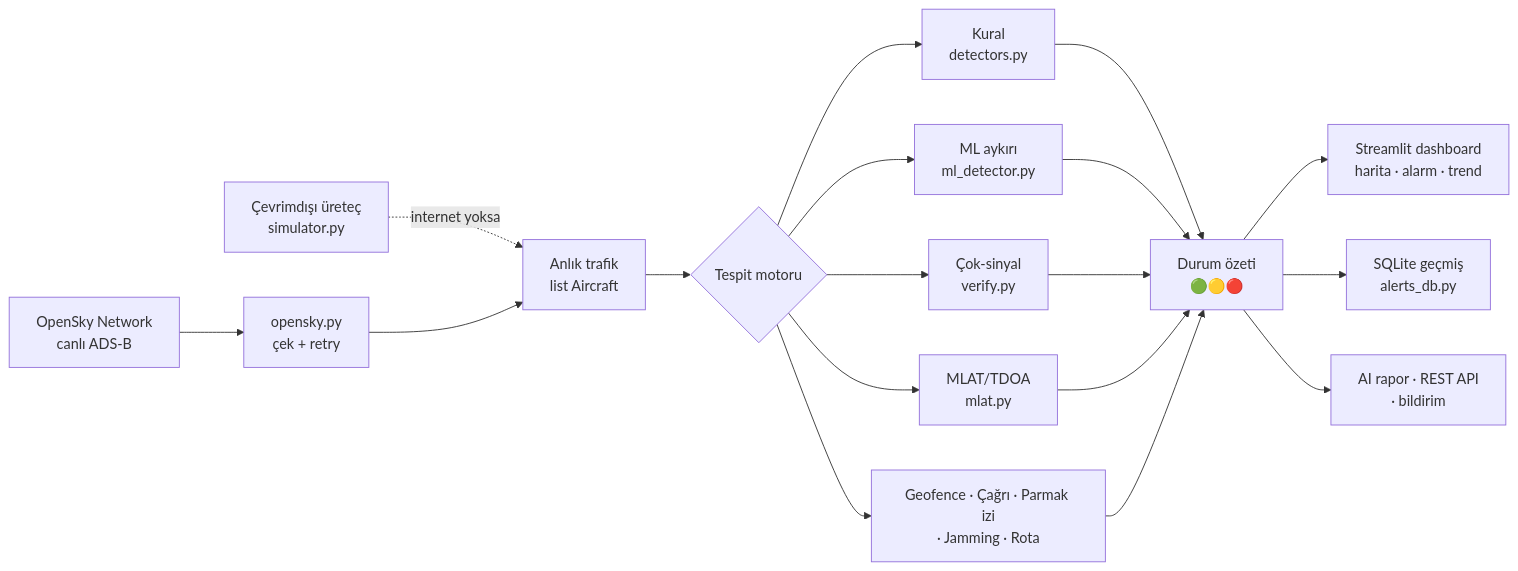
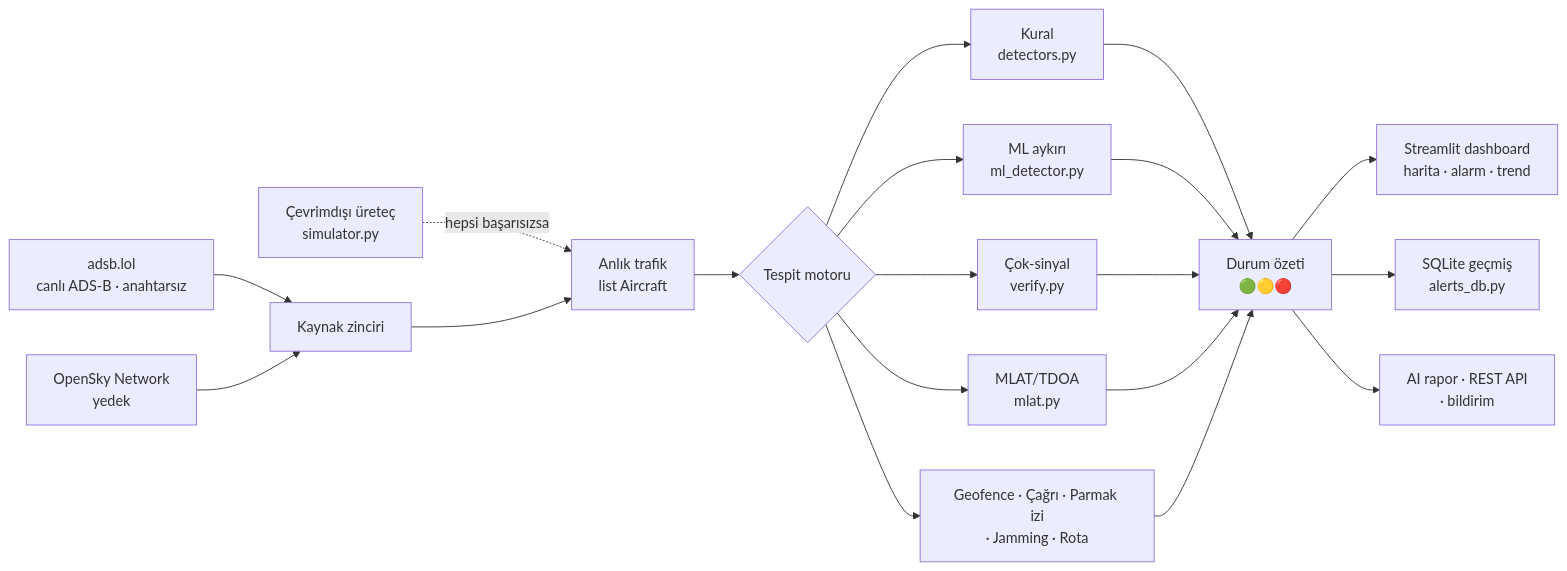
One commit to 07enesavci/spoofradar changed the diagram in README.md. Above: the diagram before and after it, drawn with Mermaid. The commit also changed other lines of this file and 3 other files, not shown here.

Commit message:
feat: adsb.lol canli kaynak (Cloud-uyumlu, anahtarsiz gercek ADS-B) - kaynak zinciri adsb.lol->OpenSky->cevrimdisi; test 150 gecti

````diff
--- a/README.md
+++ b/README.md
@@ -35,16 +35,17 @@
 ```mermaid
 flowchart LR
-    A[OpenSky Network<br/>canlı ADS-B] --> B[opensky.py<br/>çek + retry]
-    O[Çevrimdışı üreteç<br/>simulator.py] -. internet yoksa .-> C
+    A1[adsb.lol<br/>canlı ADS-B · anahtarsız] --> B[Kaynak zinciri]
+    A2[OpenSky Network<br/>yedek] --> B
+    O[Çevrimdışı üreteç<br/>simulator.py] -. hepsi başarısızsa .-> C
     B --> C[Anlık trafik<br/>list Aircraft]
     C --> D{Tespit motoru}
     D --> D1[Kural<br/>detectors.py]
     D --> D2[ML aykırı<br/>ml_detector.py]
     D --> D3[Çok-sinyal<br/>verify.py]
     D --> D4[MLAT/TDOA<br/>mlat.py]
     D --> D5[Geofence · Çağrı · Parmak izi<br/>· Jamming · Rota]
     D1 & D2 & D3 & D4 & D5 --> E[Durum özeti<br/>🟢🟡🔴]
     E --> F[Streamlit dashboard<br/>harita · alarm · trend]
     E --> G[SQLite geçmiş<br/>alerts_db.py]
     E --> H[AI rapor · REST API<br/>· bildirim]
 ```
````
